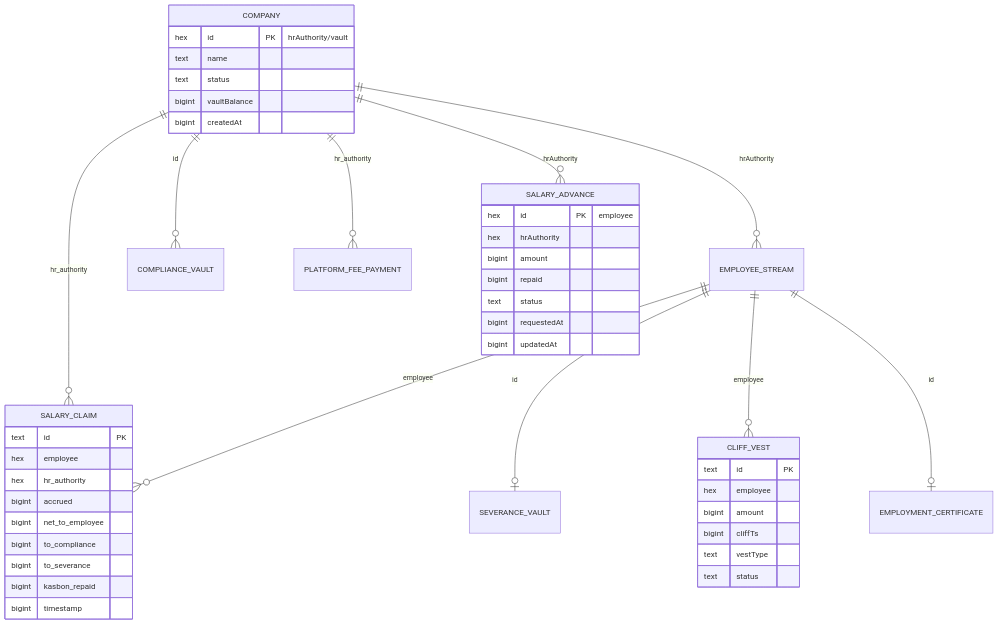
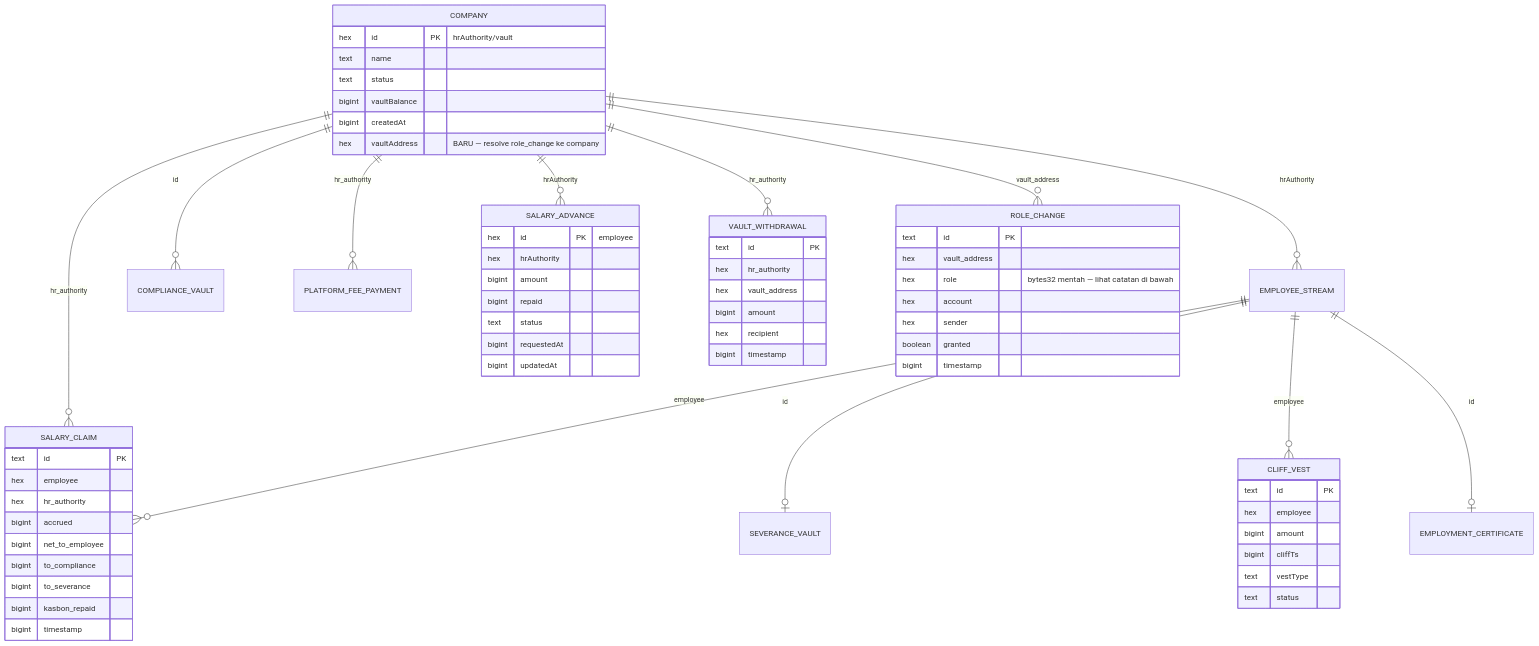
Before and after one commit to skripsi-payroll-dapp/docs: diagram 11 of 46 in docs/DPPL.md, drawn with Mermaid. The commit also changed other lines of this file and 1 other file, not shown here.

First line of the commit message:
Add Modul U — Deteksi Anomali Keamanan Vault to SKPL and DPPL

````diff
--- a/docs/DPPL.md
+++ b/docs/DPPL.md
@@ -1224,48 +1224,68 @@
 ```mermaid
 erDiagram
     COMPANY ||--o{ EMPLOYEE_STREAM : hrAuthority
     COMPANY ||--o{ SALARY_CLAIM : hr_authority
     COMPANY ||--o{ COMPLIANCE_VAULT : id
     COMPANY ||--o{ PLATFORM_FEE_PAYMENT : hr_authority
     EMPLOYEE_STREAM ||--o{ SALARY_CLAIM : employee
     EMPLOYEE_STREAM ||--o| SEVERANCE_VAULT : id
     EMPLOYEE_STREAM ||--o{ CLIFF_VEST : employee
     EMPLOYEE_STREAM ||--o| EMPLOYMENT_CERTIFICATE : id
     COMPANY ||--o{ SALARY_ADVANCE : hrAuthority
+    COMPANY ||--o{ VAULT_WITHDRAWAL : hr_authority
+    COMPANY ||--o{ ROLE_CHANGE : vault_address
 
     COMPANY {
         hex id PK "hrAuthority/vault"
         text name
         text status
         bigint vaultBalance
         bigint createdAt
+        hex vaultAddress "BARU — resolve role_change ke company"
+    }
+    VAULT_WITHDRAWAL {
+        text id PK
+        hex hr_authority
+        hex vault_address
+        bigint amount
+        hex recipient
+        bigint timestamp
+    }
+    ROLE_CHANGE {
+        text id PK
+        hex vault_address
+        hex role "bytes32 mentah — lihat catatan di bawah"
+        hex account
+        hex sender
+        boolean granted
+        bigint timestamp
     }
     SALARY_CLAIM {
         text id PK
         hex employee
         hex hr_authority
         bigint accrued
         bigint net_to_employee
         bigint to_compliance
         bigint to_severance
         bigint kasbon_repaid
         bigint timestamp
     }
     SALARY_ADVANCE {
         hex id PK "employee"
         hex hrAuthority
         bigint amount
         bigint repaid
         text status
         bigint requestedAt
         bigint updatedAt
     }
     CLIFF_VEST {
         text id PK
         hex employee
         bigint amount
         bigint cliffTs
         text vestType
         text status
     }
 ```
````
